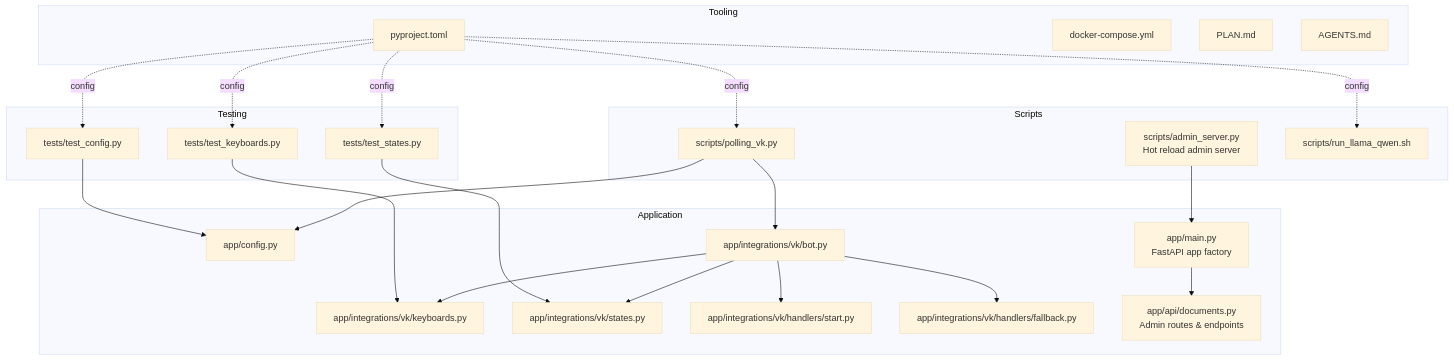
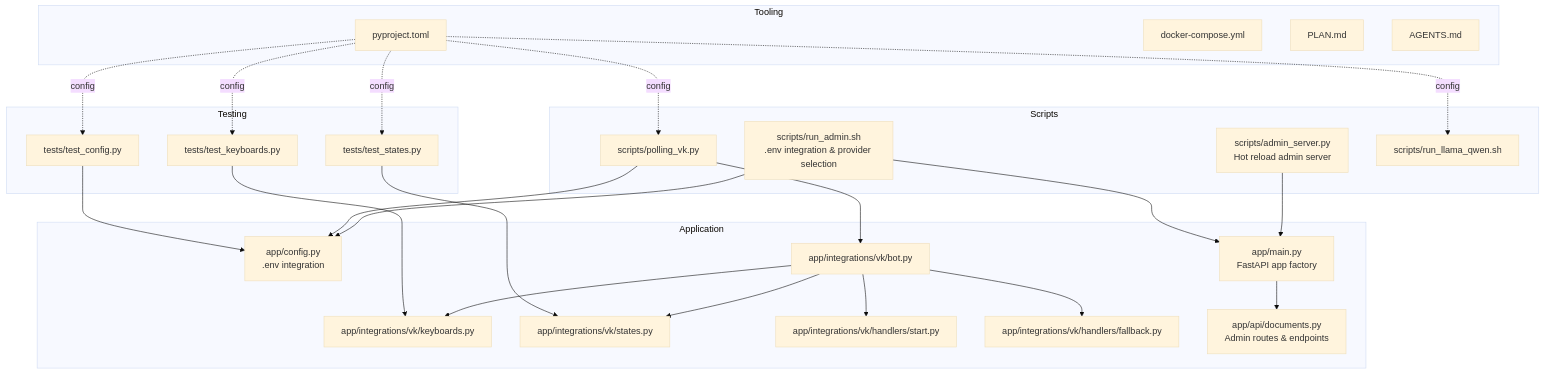
The first of 5 diagrams in .qoder/repowiki/en/content/Development Workflow/Development Workflow.md (ognelis/cafetera_hr_bot), drawn with Mermaid (base theme) before and after one commit. The commit also changed other lines of this file and 2 other files, not shown here.

````diff
--- a/.qoder/repowiki/en/content/Development Workflow/Development Workflow.md
+++ b/.qoder/repowiki/en/content/Development Workflow/Development Workflow.md
@@ -64,45 +66,48 @@
 ```mermaid
 graph TB
 subgraph "Application"
-CFG["app/config.py"]
+CFG["app/config.py<br/>.env integration"]
 MAIN["app/main.py<br/>FastAPI app factory"]
 VKBOT["app/integrations/vk/bot.py"]
 VKKEY["app/integrations/vk/keyboards.py"]
 VKSTAT["app/integrations/vk/states.py"]
 VKSTART["app/integrations/vk/handlers/start.py"]
 VKFB["app/integrations/vk/handlers/fallback.py"]
 DOCSAPI["app/api/documents.py<br/>Admin routes & endpoints"]
 end
 subgraph "Scripts"
 ADMINSRV["scripts/admin_server.py<br/>Hot reload admin server"]
+RUNADMIN["scripts/run_admin.sh<br/>.env integration & provider selection"]
 POLL["scripts/polling_vk.py"]
 LLM["scripts/run_llama_qwen.sh"]
 end
 subgraph "Testing"
 TCFG["tests/test_config.py"]
 TKEY["tests/test_keyboards.py"]
 TSTAT["tests/test_states.py"]
 end
 subgraph "Tooling"
 PYTOML["pyproject.toml"]
 DCMP["docker-compose.yml"]
 PLAN["PLAN.md"]
 AG["AGENTS.md"]
 end
 ADMINSRV --> MAIN
+RUNADMIN --> CFG
+RUNADMIN --> MAIN
 MAIN --> DOCSAPI
 POLL --> CFG
 POLL --> VKBOT
 VKBOT --> VKSTART
 VKBOT --> VKFB
 VKBOT --> VKKEY
 VKBOT --> VKSTAT
 TCFG --> CFG
 TKEY --> VKKEY
 TSTAT --> VKSTAT
 PYTOML -. config .-> TCFG
 PYTOML -. config .-> TKEY
 PYTOML -. config .-> TSTAT
 PYTOML -. config .-> POLL
 PYTOML -. config .-> LLM
 ```
````
